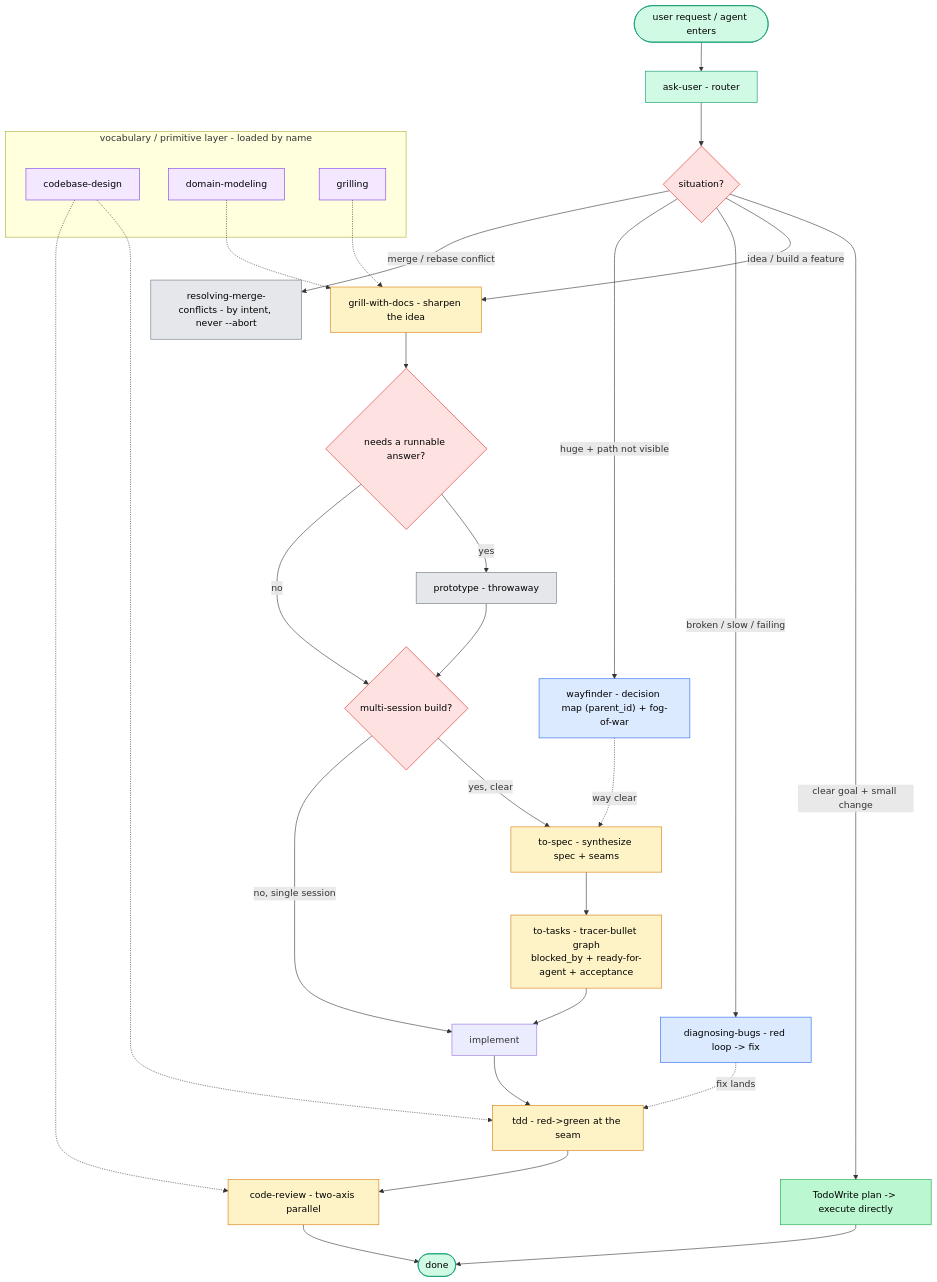
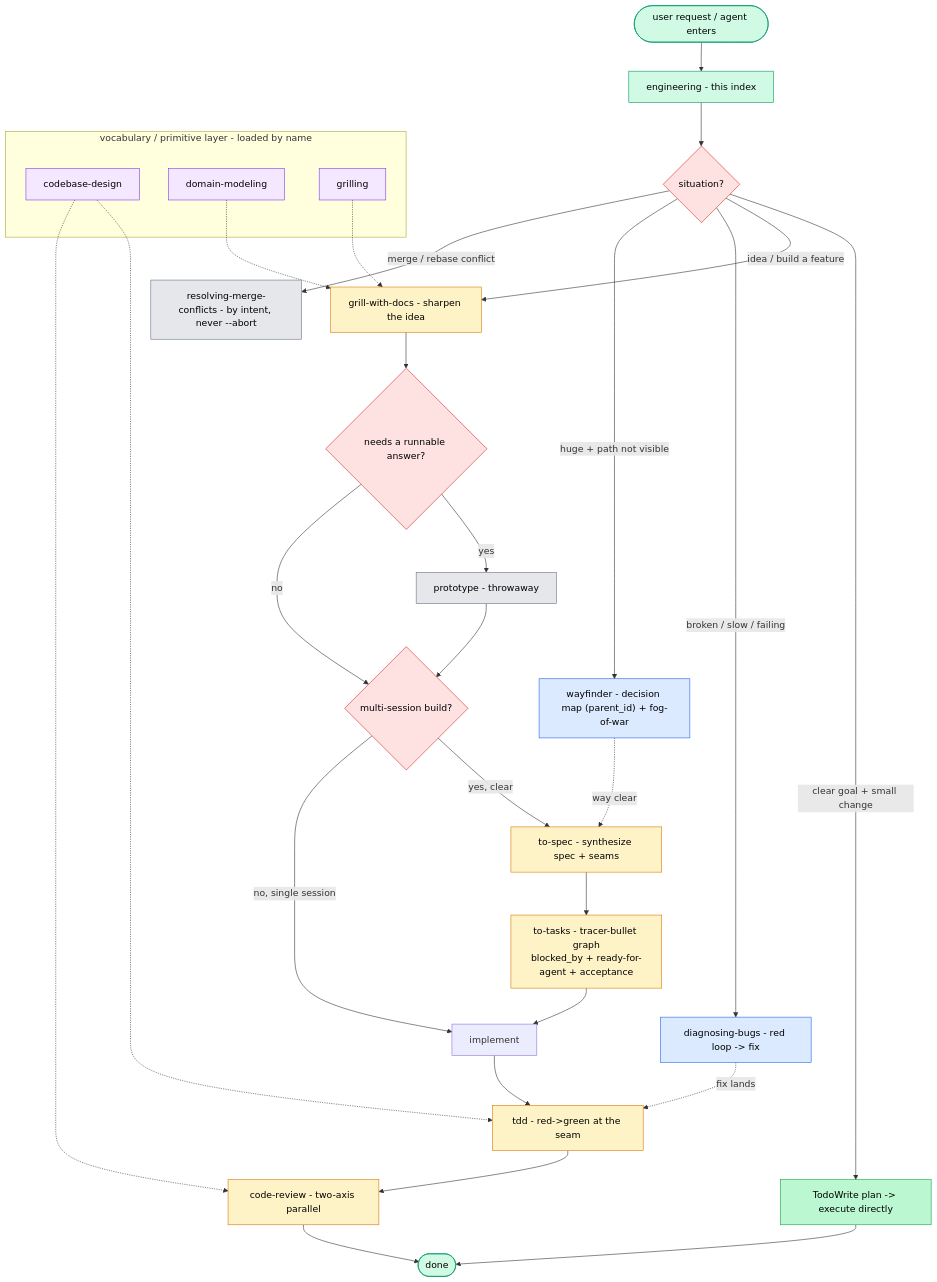
Before and after one commit to keiqkeqi321/somnia: the diagram in open_somnia/builtin/skills/engineering/SKILL.md, drawn with Mermaid. The commit also changed other lines of this file and 1 other file, not shown here.

First line of the commit message:
skills: fold ask-user into the engineering index and remove it

````diff
--- a/open_somnia/builtin/skills/engineering/SKILL.md
+++ b/open_somnia/builtin/skills/engineering/SKILL.md
@@ -33,46 +39,46 @@
 ```mermaid
 flowchart TD
     classDef router fill:#d1fae5,stroke:#059669,color:#000
     classDef flow fill:#fef3c7,stroke:#d97706,color:#000
     classDef onramp fill:#dbeafe,stroke:#2563eb,color:#000
     classDef standalone fill:#e5e7eb,stroke:#6b7280,color:#000
     classDef vocab fill:#f3e8ff,stroke:#7c3aed,color:#000
     classDef fast fill:#bbf7d0,stroke:#16a34a,color:#000
     classDef gate fill:#fee2e2,stroke:#dc2626,color:#000
 
     Enter([user request / agent enters]):::router
-    Enter --> Ask["ask-user - router"]:::router
+    Enter --> Ask["engineering - this index"]:::router
     Ask --> Sit{situation?}:::gate
 
     Sit -->|"clear goal + small change"| Fast["TodoWrite plan -> execute directly"]:::fast
 
     Sit -->|"idea / build a feature"| Grill["grill-with-docs - sharpen the idea"]:::flow
     Grill --> Qproto{needs a runnable answer?}:::gate
     Qproto -->|yes| Proto["prototype - throwaway"]:::standalone
     Qproto -->|no| Qsess
     Proto --> Qsess{multi-session build?}:::gate
     Qsess -->|"yes, clear"| ToSpec["to-spec - synthesize spec + seams"]:::flow
     Qsess -->|"no, single session"| Impl["implement"]
     ToSpec --> ToTasks["to-tasks - tracer-bullet graph<br/>blocked_by + ready-for-agent + acceptance"]:::flow
     ToTasks --> Impl
     Impl --> TDD["tdd - red->green at the seam"]:::flow
     TDD --> CR["code-review - two-axis parallel"]:::flow
 
     Sit -->|"broken / slow / failing"| Diag["diagnosing-bugs - red loop -> fix"]:::onramp
     Diag -.->|fix lands| TDD
     Sit -->|"huge + path not visible"| Way["wayfinder - decision map (parent_id) + fog-of-war"]:::onramp
     Way -.->|way clear| ToSpec
 
     Sit -->|"merge / rebase conflict"| Merge["resolving-merge-conflicts - by intent, never --abort"]:::standalone
 
     subgraph Vocab["vocabulary / primitive layer - loaded by name"]
         V1["codebase-design"]:::vocab
         V2["domain-modeling"]:::vocab
         V3["grilling"]:::vocab
     end
     V1 -.-> TDD & CR
     V2 & V3 -.-> Grill
 
     Fast --> Done([done]):::router
     CR --> Done
 ```
````
